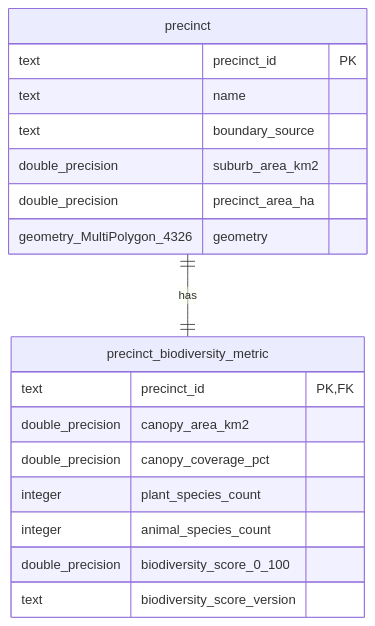
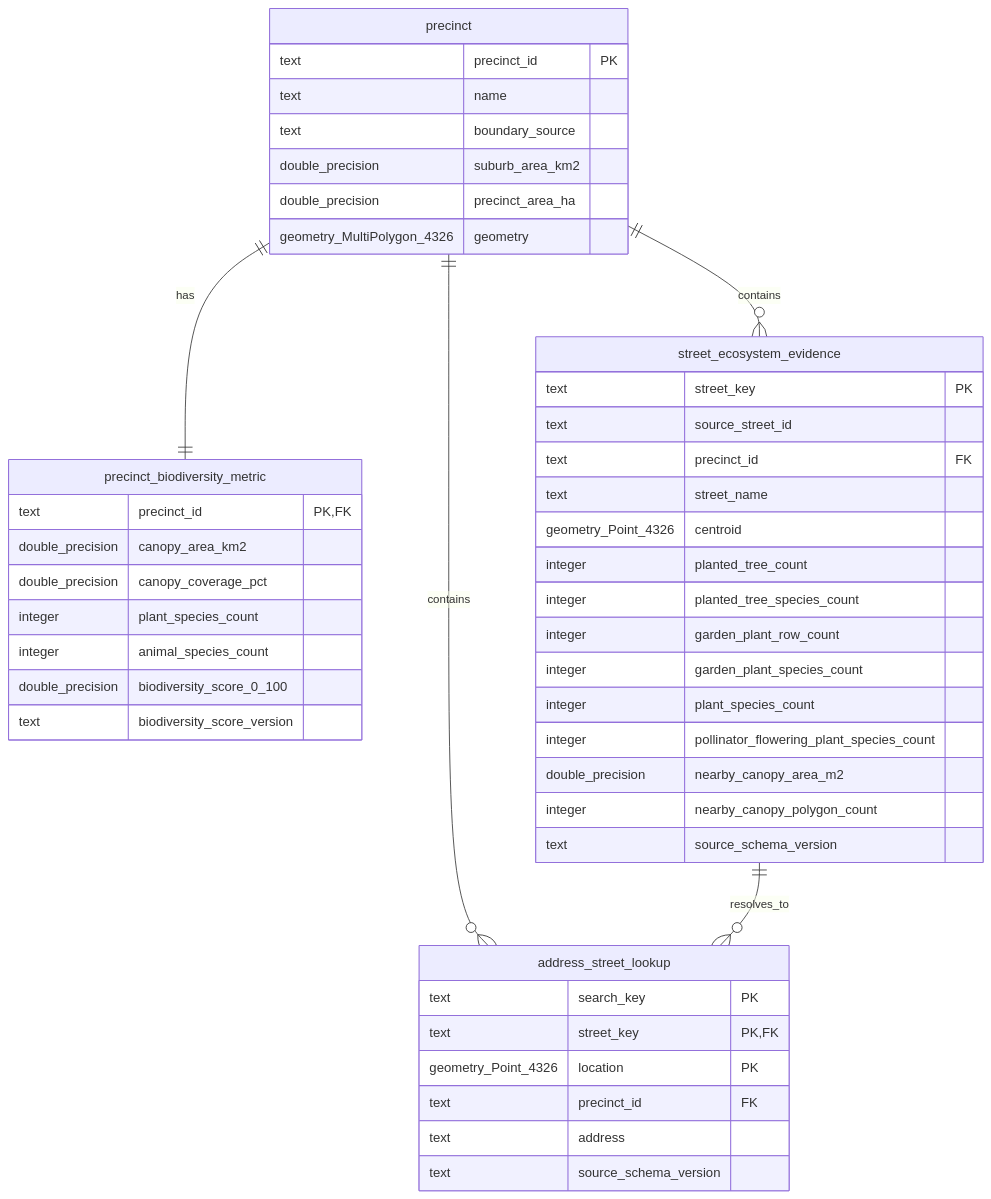
One commit to AntonyJomy/Habitune changed the diagram in habitune-backend/database/erd.md. Above: the diagram before and after it, drawn with Mermaid. The commit also changed other lines of this file and 37 other files, not shown here.

````diff
--- a/habitune-backend/database/erd.md
+++ b/habitune-backend/database/erd.md
@@ -3,21 +3,48 @@
 ```mermaid
 erDiagram
     precinct ||--|| precinct_biodiversity_metric : has
+    precinct ||--o{ street_ecosystem_evidence : contains
+    precinct ||--o{ address_street_lookup : contains
+    street_ecosystem_evidence ||--o{ address_street_lookup : resolves_to
     precinct {
         text precinct_id PK
         text name
         text boundary_source
         double_precision suburb_area_km2
         double_precision precinct_area_ha
         geometry_MultiPolygon_4326 geometry
     }
     precinct_biodiversity_metric {
         text precinct_id PK, FK
         double_precision canopy_area_km2
         double_precision canopy_coverage_pct
         integer plant_species_count
         integer animal_species_count
         double_precision biodiversity_score_0_100
         text biodiversity_score_version
     }
+    street_ecosystem_evidence {
+        text street_key PK
+        text source_street_id
+        text precinct_id FK
+        text street_name
+        geometry_Point_4326 centroid
+        integer planted_tree_count
+        integer planted_tree_species_count
+        integer garden_plant_row_count
+        integer garden_plant_species_count
+        integer plant_species_count
+        integer pollinator_flowering_plant_species_count
+        double_precision nearby_canopy_area_m2
+        integer nearby_canopy_polygon_count
+        text source_schema_version
+    }
+    address_street_lookup {
+        text search_key PK
+        text street_key PK, FK
+        geometry_Point_4326 location PK
+        text precinct_id FK
+        text address
+        text source_schema_version
+    }
 ```
````
